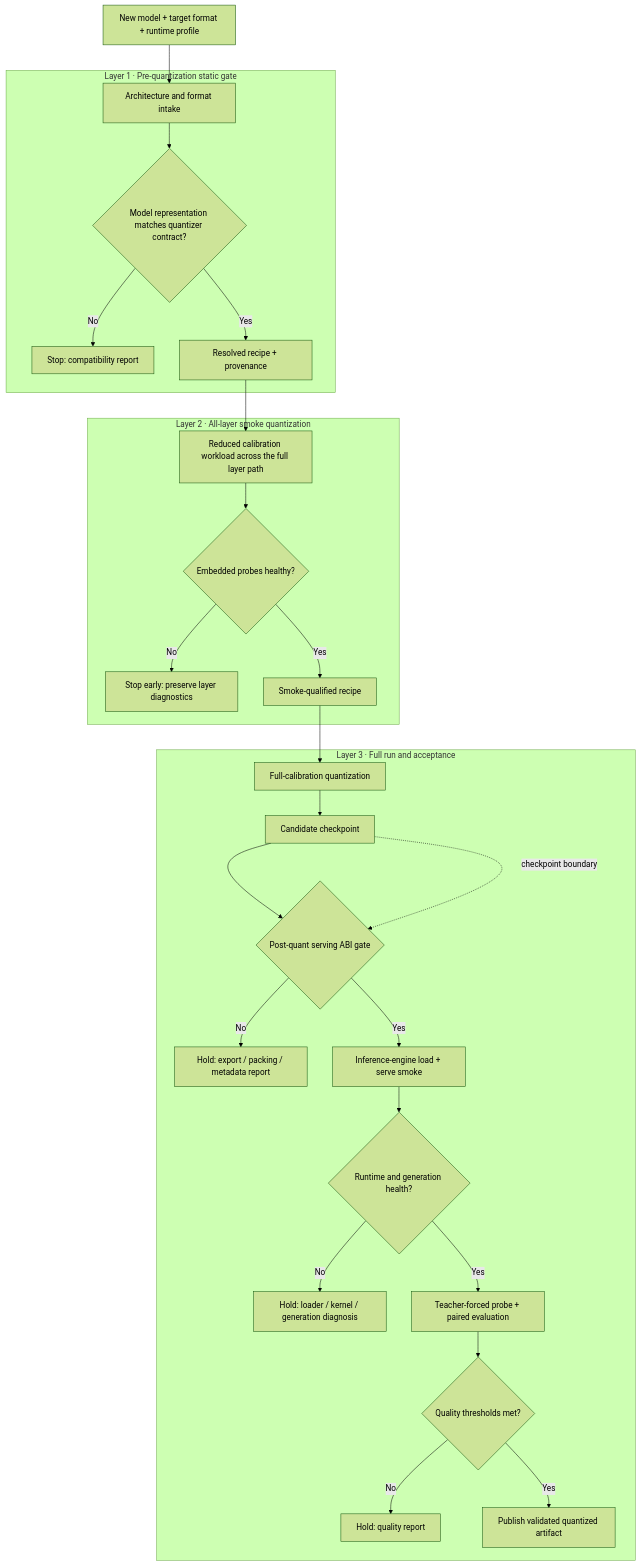
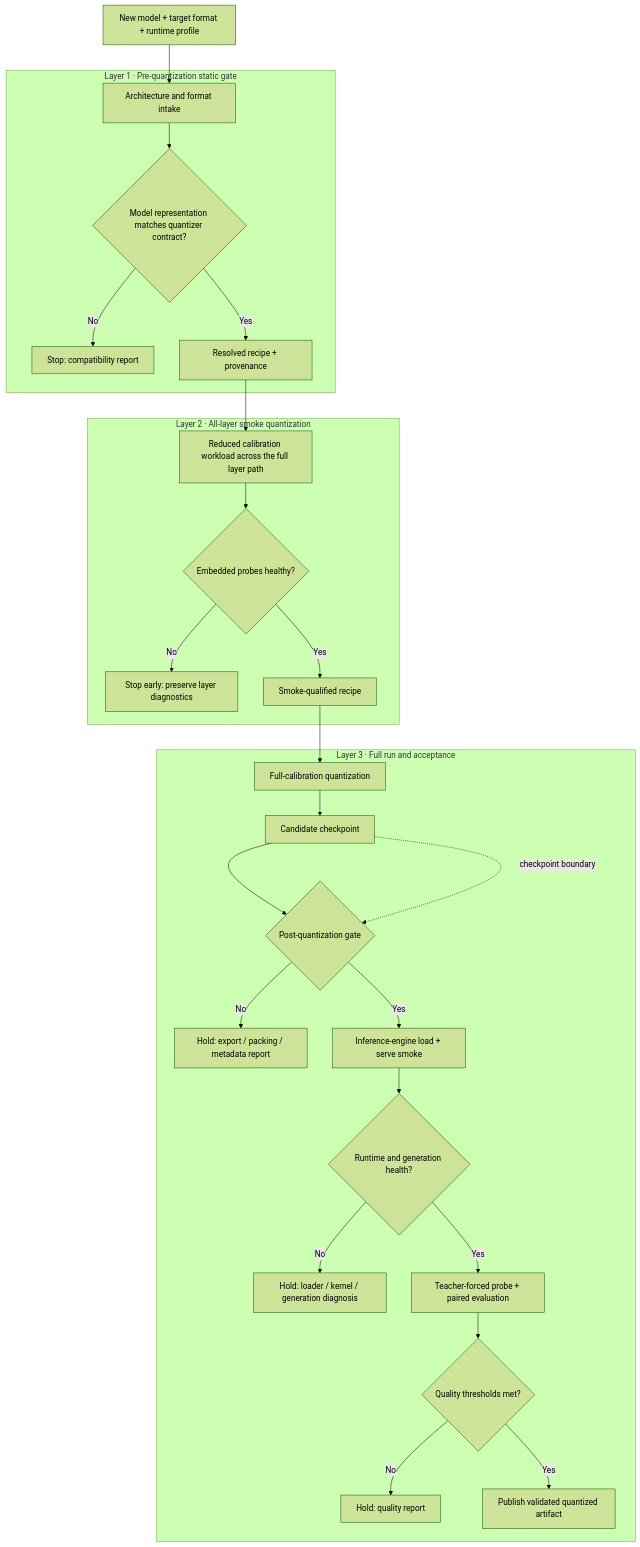
One commit to hoangduydang-collab/llm-compressor changed the diagram in docs/automatic-quantization-pipeline-progress.md. Above: the diagram before and after it, drawn with Mermaid (forest theme). The commit also changed other lines of this file and 2 other files, not shown here.

Commit message:
docs: clarify quantization pipeline terminology

````diff
--- a/docs/automatic-quantization-pipeline-progress.md
+++ b/docs/automatic-quantization-pipeline-progress.md
@@ -63,33 +63,33 @@
 ```mermaid
 flowchart TB
     A[New model + target format + runtime profile] --> B[Architecture and format intake]
 
     subgraph L1A[Layer 1 · Pre-quantization static gate]
       B --> C{Model representation matches quantizer contract?}
       C -- No --> C1[Stop: compatibility report]
       C -- Yes --> D[Resolved recipe + provenance]
     end
 
     subgraph L2[Layer 2 · All-layer smoke quantization]
       D --> E[Reduced calibration workload across the full layer path]
       E --> F{Embedded probes healthy?}
       F -- No --> F1[Stop early: preserve layer diagnostics]
       F -- Yes --> G[Smoke-qualified recipe]
     end
 
     subgraph L3[Layer 3 · Full run and acceptance]
       G --> H[Full-calibration quantization]
       H --> I[Candidate checkpoint]
-      I --> J{Post-quant serving ABI gate}
+      I --> J{Post-quantization gate}
       J -- No --> J1[Hold: export / packing / metadata report]
       J -- Yes --> K[Inference-engine load + serve smoke]
       K --> L{Runtime and generation health?}
       L -- No --> L1[Hold: loader / kernel / generation diagnosis]
       L -- Yes --> M[Teacher-forced probe + paired evaluation]
       M --> N{Quality thresholds met?}
       N -- No --> N1[Hold: quality report]
       N -- Yes --> O[Publish validated quantized artifact]
     end
 
     I -. checkpoint boundary .-> J
 ```
````
